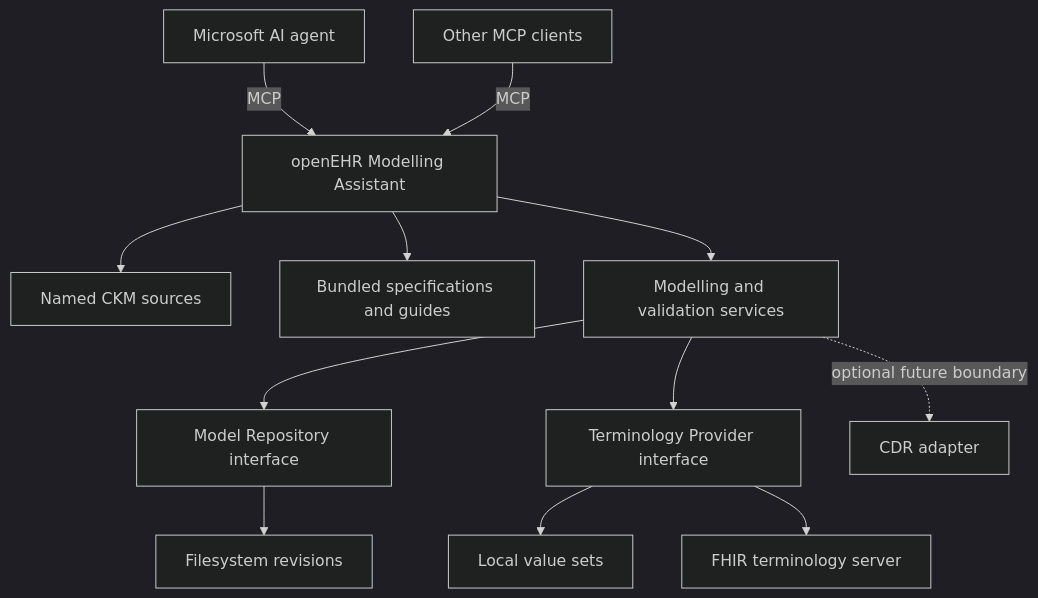
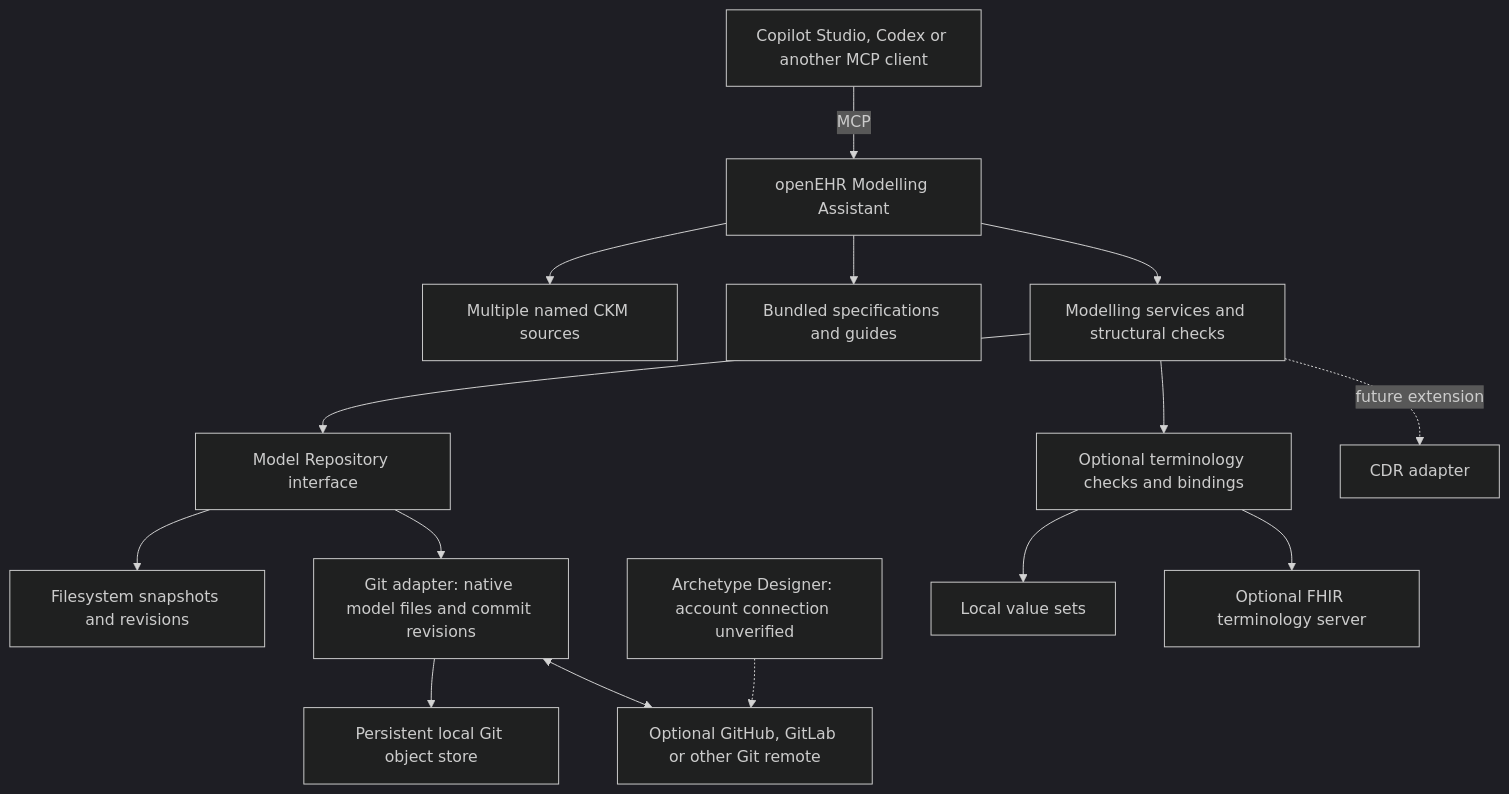
One commit to CzarMich/openehr-modelling-assistant changed the first of 2 diagrams in README.md. Above: the diagram before and after it, drawn with Mermaid (dark theme). The commit also changed other lines of this file, not shown here.

Commit message:
docs(readme): show Git storage and current modelling workflows

````diff
--- a/README.md
+++ b/README.md
@@ -72,14 +72,17 @@
 ```mermaid
 flowchart TD
-    M[Microsoft AI agent] -->|MCP| S[openEHR Modelling Assistant]
-    G[Other MCP clients] -->|MCP| S
-    S --> K[Named CKM sources]
+    M[Copilot Studio, Codex or another MCP client] -->|MCP| S[openEHR Modelling Assistant]
+    S --> K[Multiple named CKM sources]
     S --> B[Bundled specifications and guides]
-    S --> D[Modelling and validation services]
+    S --> D[Modelling services and structural checks]
     D --> R[Model Repository interface]
-    R --> F[Filesystem revisions]
-    D --> T[Terminology Provider interface]
+    R --> F[Filesystem snapshots and revisions]
+    R --> G[Git adapter: native model files and commit revisions]
+    G --> O[Persistent local Git object store]
+    G <--> H[Optional GitHub, GitLab or other Git remote]
+    A[Archetype Designer: account connection unverified] -.-> H
+    D --> T[Optional terminology checks and bindings]
     T --> L[Local value sets]
-    T --> H[FHIR terminology server]
-    D -. optional future boundary .-> C[CDR adapter]
+    T --> E[Optional FHIR terminology server]
+    D -. future extension .-> C[CDR adapter]
 ```
````
